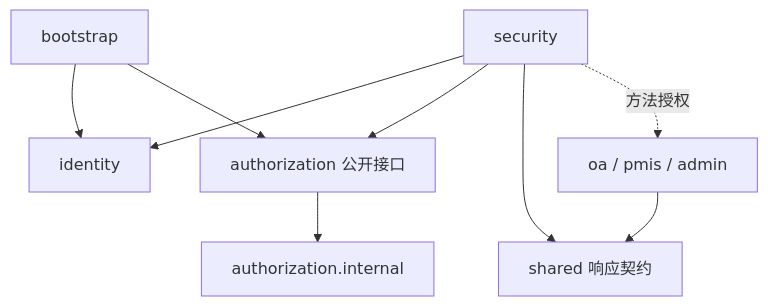
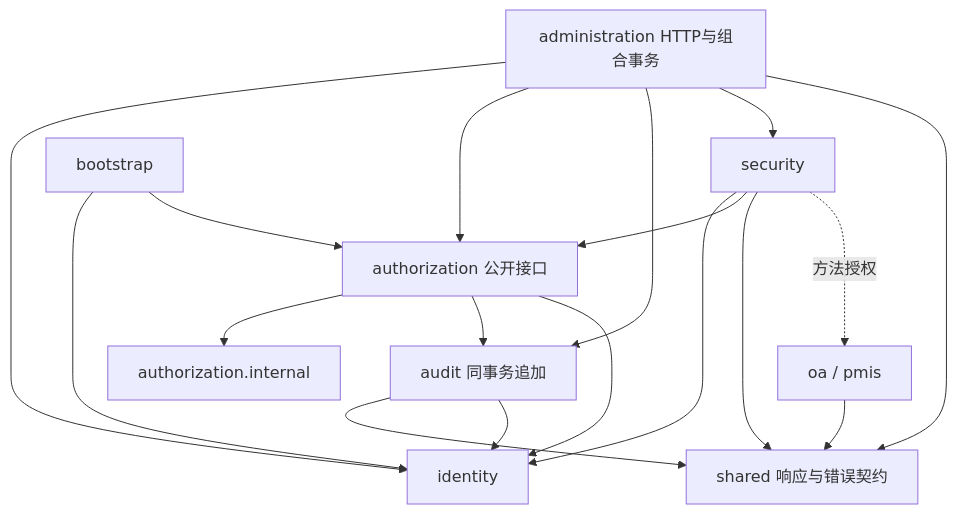
The diagram in docs/diagrams/modules.mmd (eason1125t/ooad-rbac), drawn with Mermaid before and after one commit. The commit also changed 142 other files, not shown here.

```diff
--- a/docs/diagrams/modules.mmd
+++ b/docs/diagrams/modules.mmd
@@ -1,9 +1,18 @@
 flowchart TD
   S[security] --> I[identity]
   S --> P[authorization 公开接口]
   P --> M[authorization.internal]
   B[bootstrap] --> I
   B --> P
-  O[oa / pmis / admin] --> C[shared 响应契约]
+  A[administration HTTP与组合事务] --> I
+  A --> P
+  A --> D[audit 同事务追加]
+  P --> D
+  P --> I
+  A --> S
+  O[oa / pmis] --> C[shared 响应与错误契约]
+  A --> C
+  D --> C
+  D --> I
   S --> C
   S -. 方法授权 .-> O
```
